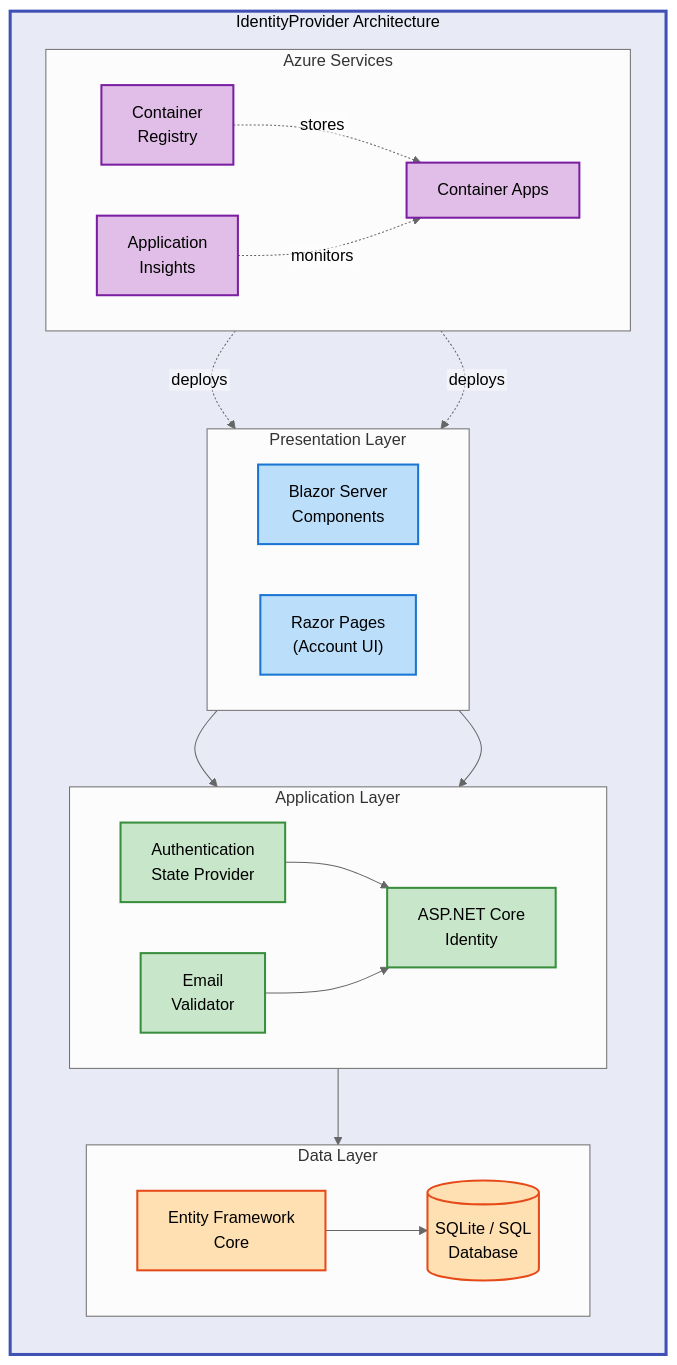
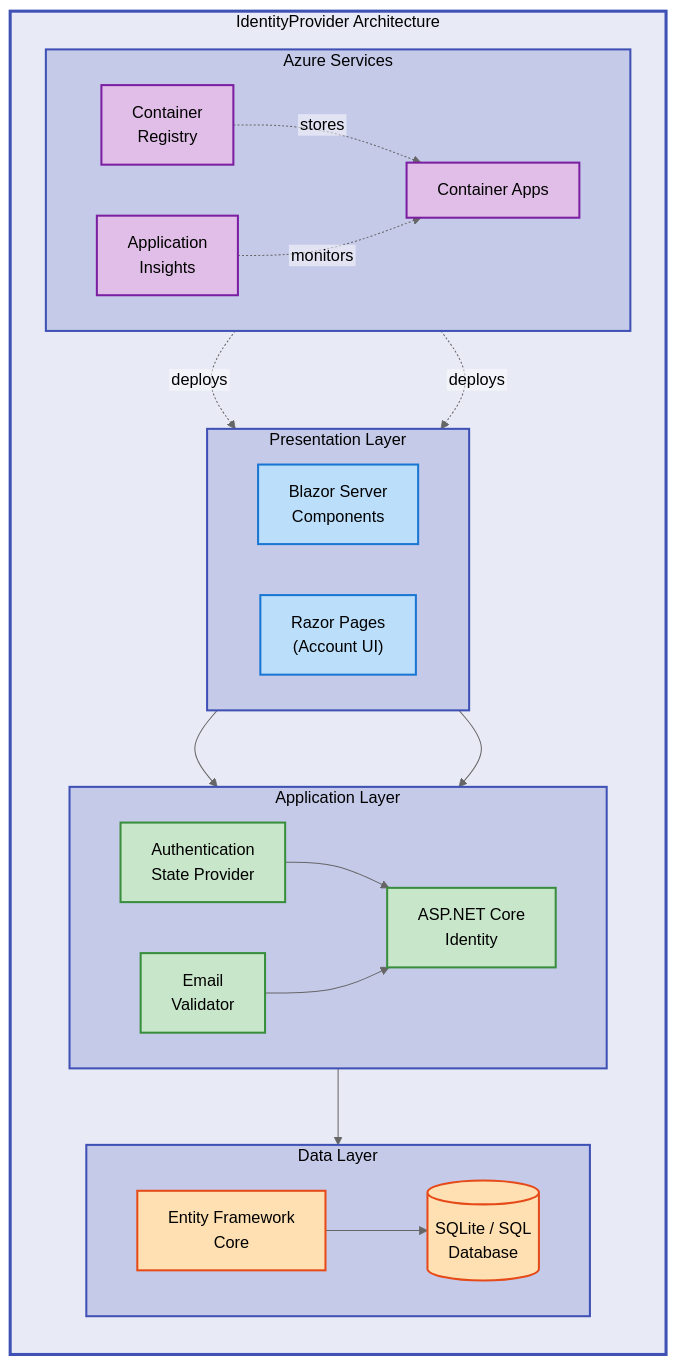
One commit to Evilazaro/IdentityProvider changed the diagram in README.md. Above: the diagram before and after it, drawn with Mermaid (neutral theme).

Commit message:
Enhance flowchart styles in README.md by adding sub-group definitions for improved clarity

````diff
--- a/README.md
+++ b/README.md
@@ -225,6 +225,9 @@
     %% ============================================
     %% Main Group (Neutral background - MANDATORY)
     classDef mainGroup fill:#E8EAF6,stroke:#3F51B5,stroke-width:3px,color:#000
+
+    %% Sub Group
+    classDef subGroup fill:#C5CAE9,stroke:#3F51B5,stroke-width:2px,color:#000
 
     %% Content (Semantic colors)
     classDef mdBlue fill:#BBDEFB,stroke:#1976D2,stroke-width:2px,color:#000
@@ -299,5 +302,7 @@
         insights -.monitors.-> containerapp
     end
 
+    %% Apply styles to subgraphs
     class system mainGroup
+    class presentation,application,data,azure subGroup
 ```
````
